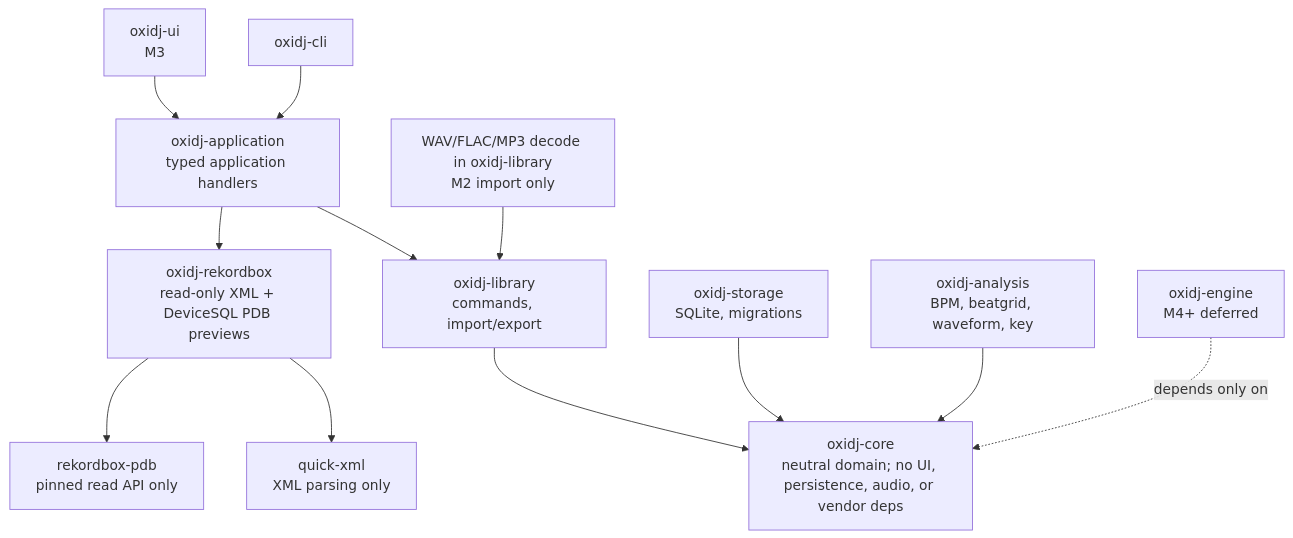
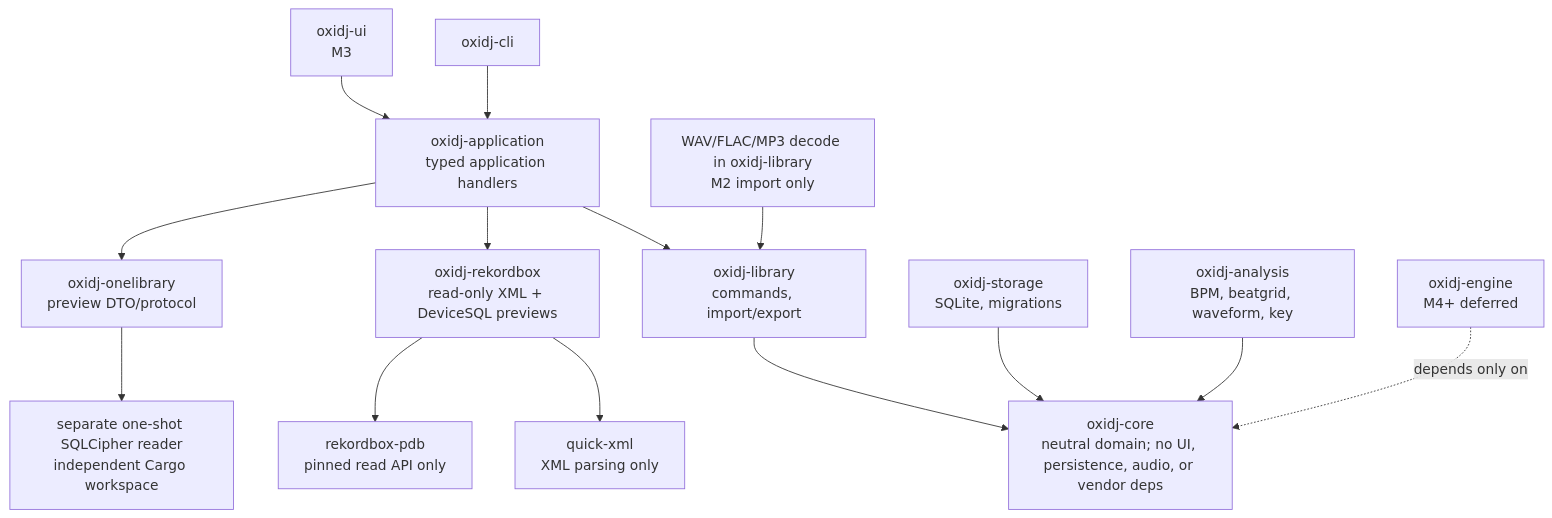
One commit to Senci/oxidj changed the diagram in docs/adr/004-crate-boundaries.md. Above: the diagram before and after it, drawn with Mermaid. The commit also changed other lines of this file and 16 other files, not shown here.

First line of the commit message:
feat(onelibrary): add isolated synthetic preview reader

````diff
--- a/docs/adr/004-crate-boundaries.md
+++ b/docs/adr/004-crate-boundaries.md
@@ -27,14 +27,16 @@
 ```mermaid
 flowchart TB
     cli["oxidj-cli"] --> app["oxidj-application<br/>typed application handlers"]
     ui["oxidj-ui<br/>M3"] --> app
     app --> library["oxidj-library<br/>commands, import/export"]
-    app --> adapters["oxidj-rekordbox<br/>read-only XML + DeviceSQL PDB previews"]
+    app --> adapters["oxidj-rekordbox<br/>read-only XML + DeviceSQL previews"]
+    app --> onelibrary["oxidj-onelibrary<br/>preview DTO/protocol"]
+    onelibrary --> reader["separate one-shot SQLCipher reader<br/>independent Cargo workspace"]
     library --> core["oxidj-core<br/>neutral domain; no UI, persistence, audio, or vendor deps"]
     adapters --> xml["quick-xml<br/>XML parsing only"]
     adapters --> pdb["rekordbox-pdb<br/>pinned read API only"]
     storage["oxidj-storage<br/>SQLite, migrations"] --> core
     analysis["oxidj-analysis<br/>BPM, beatgrid, waveform, key"] --> core
     audio["WAV/FLAC/MP3 decode in oxidj-library<br/>M2 import only"] --> library
     engine["oxidj-engine<br/>M4+ deferred"] -. "depends only on" .-> core
 ```
````
